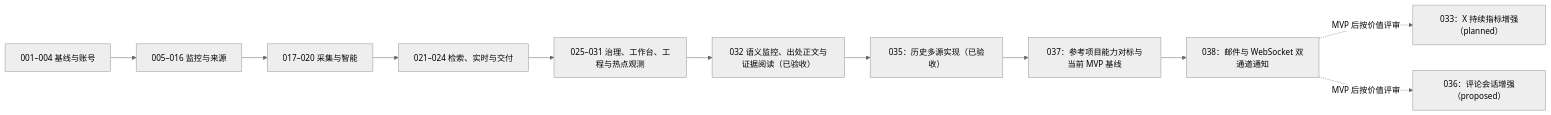
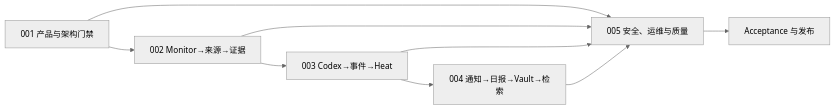
Before and after one commit to StephenQiu30/Ripplesight: the diagram in docs/README.md, drawn with Mermaid (neutral theme). The commit also changed other lines of this file and 194 other files, not shown here.

````diff
--- a/docs/README.md
+++ b/docs/README.md
@@ -73,13 +52,11 @@
 ```mermaid
 flowchart LR
-  A["001–004 基线与账号"] --> B["005–016 监控与来源"]
-  B --> C["017–020 采集与智能"]
-  C --> D["021–024 检索、实时与交付"]
-  D --> E["025–031 治理、工作台、工程与热点观测"]
-  E --> F["032 语义监控、出处正文与证据阅读（已验收）"]
-  F --> G["035：历史多源实现（已验收）"]
-  G --> H["037：参考项目能力对标与当前 MVP 基线"]
-  H --> K["038：邮件与 WebSocket 双通道通知"]
-  K -. "MVP 后按价值评审" .-> I["033：X 持续指标增强（planned）"]
-  K -. "MVP 后按价值评审" .-> J["036：评论会话增强（proposed）"]
+  A["001 产品与架构门禁"] --> B["002 Monitor→来源→证据"]
+  B --> C["003 Codex→事件→Heat"]
+  C --> D["004 通知→日报→Vault→检索"]
+  A --> E["005 安全、运维与质量"]
+  B --> E
+  C --> E
+  D --> E
+  E --> F["Acceptance 与发布"]
 ```
````
